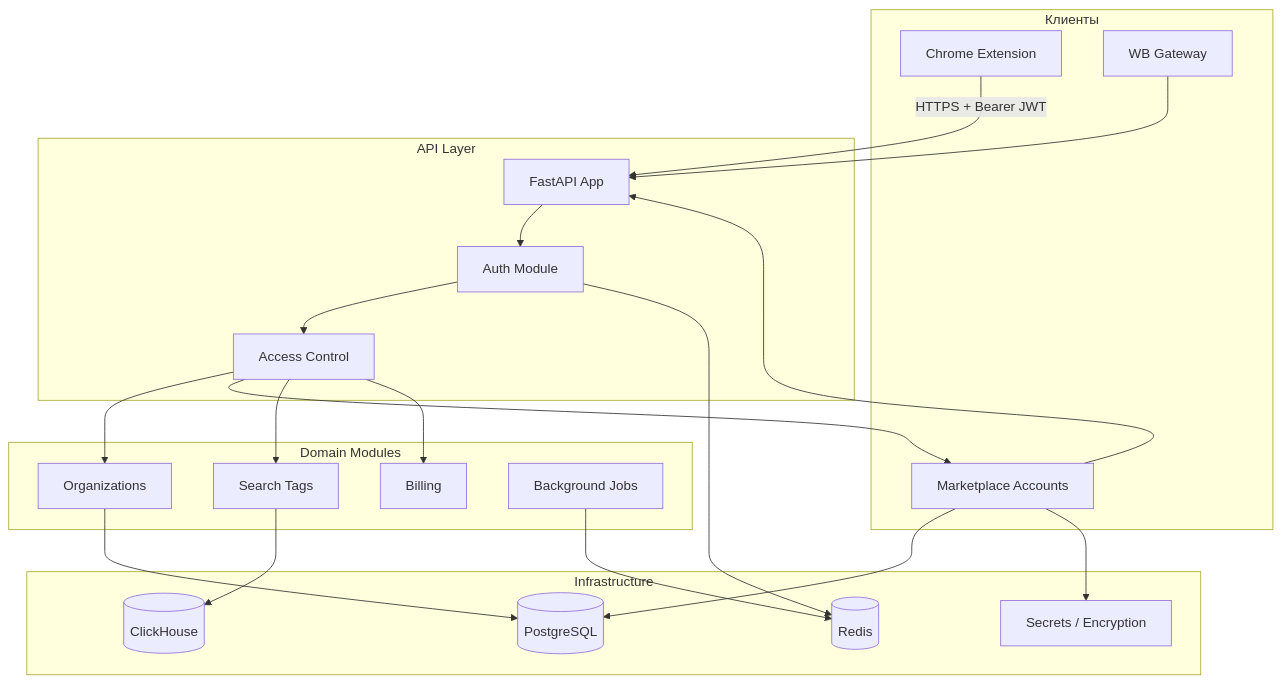
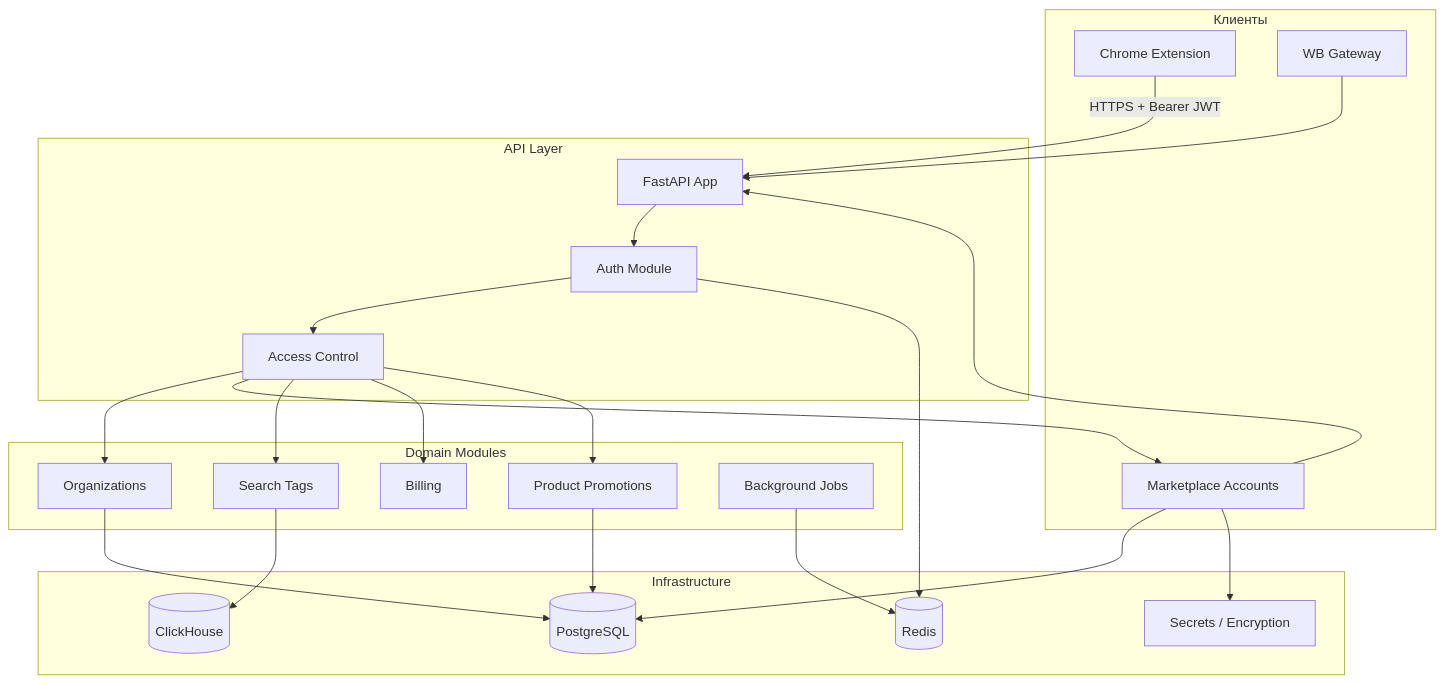
Before and after one commit to MarketHackerLabs/docs: the diagram in architecture/README.md, drawn with Mermaid. The commit also changed other lines of this file and 9 other files, not shown here.

````diff
--- a/architecture/README.md
+++ b/architecture/README.md
@@ -27,40 +28,42 @@
 ```mermaid
 flowchart TB
     subgraph client [Клиенты]
         EXT[Chrome Extension]
         MP[Manager Portal]
         PROXY[WB Gateway]
     end
 
     subgraph api [API Layer]
         GW[FastAPI App]
         AUTH[Auth Module]
         ACL[Access Control]
     end
 
     subgraph domain [Domain Modules]
         ORG[Organizations]
         MP[Marketplace Accounts]
         TAGS[Search Tags]
         BILLING[Billing]
+        PROMO[Product Promotions]
         JOBS[Background Jobs]
     end
 
     subgraph infra [Infrastructure]
         PG[(PostgreSQL)]
         CH[(ClickHouse)]
         REDIS[(Redis)]
         VAULT[Secrets / Encryption]
     end
 
     EXT -->|HTTPS + Bearer JWT| GW
     MP --> GW
     PROXY --> GW
     GW --> AUTH --> ACL
-    ACL --> ORG & MP & TAGS & BILLING
+    ACL --> ORG & MP & TAGS & BILLING & PROMO
     ORG & MP --> PG
+    PROMO --> PG
     TAGS --> CH
     AUTH --> REDIS
     JOBS --> REDIS
     MP --> VAULT
 ```
````
